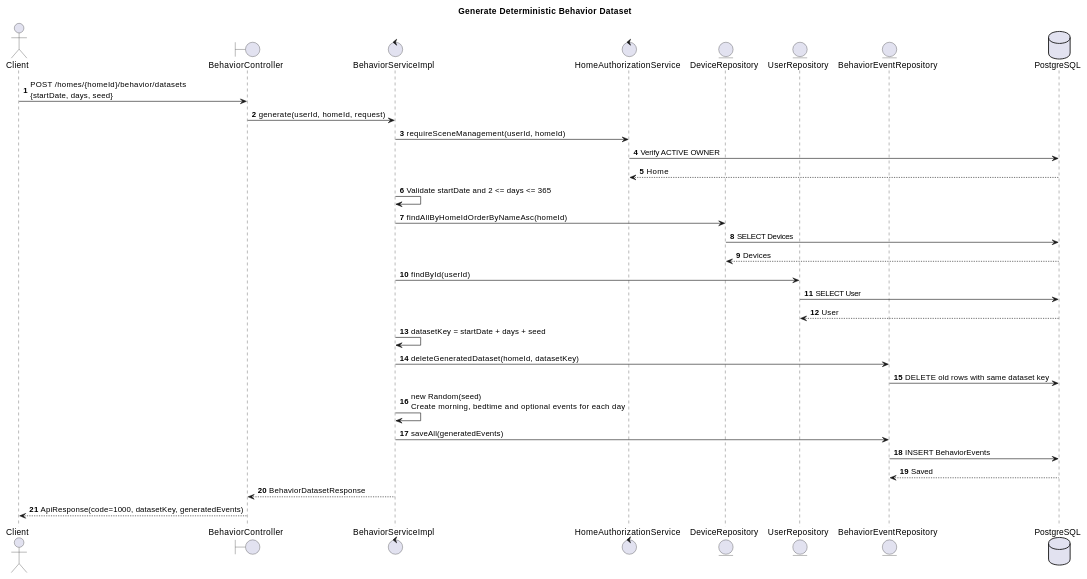
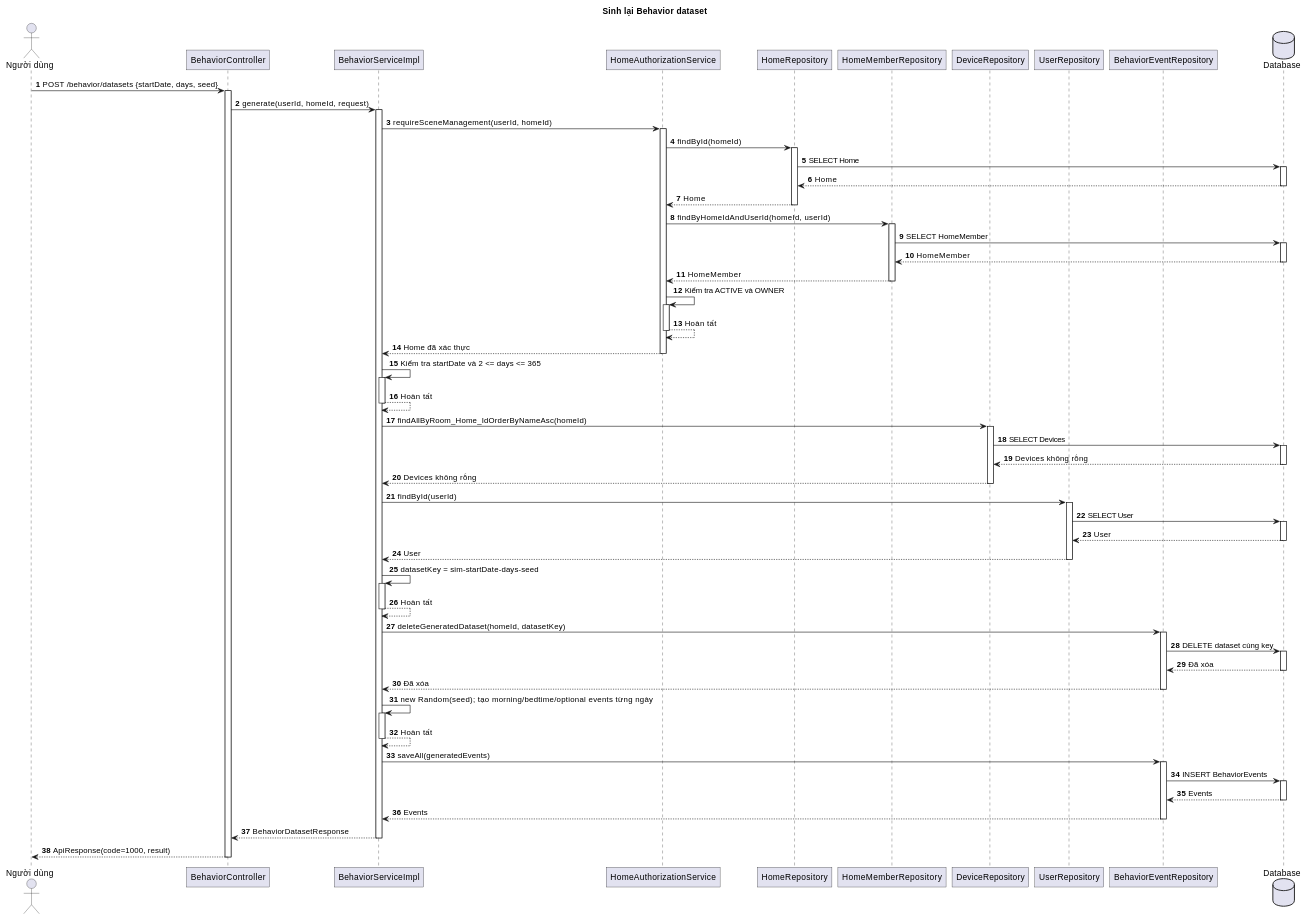
Before and after one commit to diethon/backend_hesta: diagram 15 of 16 in docs/AUTOMATION_BEHAVIOR_IMPLEMENTATION.md, drawn with PlantUML. The commit also changed other lines of this file and 3 other files, not shown here.

````diff
--- a/docs/AUTOMATION_BEHAVIOR_IMPLEMENTATION.md
+++ b/docs/AUTOMATION_BEHAVIOR_IMPLEMENTATION.md
@@ -682,37 +2124,97 @@
 ```plantuml
 @startuml Behavior_Dataset_Generation
-title Generate Deterministic Behavior Dataset
+title Sinh lại Behavior dataset
+skinparam backgroundColor white
+skinparam shadowing false
+skinparam roundcorner 0
+skinparam defaultFontName Arial
+
 autonumber
-
-actor Client
-boundary BehaviorController as Controller
-control BehaviorServiceImpl as Service
-control HomeAuthorizationService as Authorization
-entity DeviceRepository as DeviceRepo
-entity UserRepository as UserRepo
-entity BehaviorEventRepository as EventRepo
-database PostgreSQL as DB
-
-Client -> Controller: POST /homes/{homeId}/behavior/datasets\n{startDate, days, seed}
+actor "Người dùng" as Client
+participant "BehaviorController" as Controller
+participant "BehaviorServiceImpl" as Service
+participant "HomeAuthorizationService" as Auth
+participant "HomeRepository" as HomeRepo
+participant "HomeMemberRepository" as MemberRepo
+participant "DeviceRepository" as DeviceRepo
+participant "UserRepository" as UserRepo
+participant "BehaviorEventRepository" as EventRepo
+database "Database" as DB
+Client -> Controller: POST /behavior/datasets {startDate, days, seed}
+activate Controller
 Controller -> Service: generate(userId, homeId, request)
-Service -> Authorization: requireSceneManagement(userId, homeId)
-Authorization -> DB: Verify ACTIVE OWNER
-DB --> Authorization: Home
-Service -> Service: Validate startDate and 2 <= days <= 365
-Service -> DeviceRepo: findAllByHomeIdOrderByNameAsc(homeId)
+activate Service
+Service -> Auth: requireSceneManagement(userId, homeId)
+activate Auth
+Auth -> HomeRepo: findById(homeId)
+activate HomeRepo
+HomeRepo -> DB: SELECT Home
+activate DB
+DB --> HomeRepo: Home
+deactivate DB
+HomeRepo --> Auth: Home
+deactivate HomeRepo
+Auth -> MemberRepo: findByHomeIdAndUserId(homeId, userId)
+activate MemberRepo
+MemberRepo -> DB: SELECT HomeMember
+activate DB
+DB --> MemberRepo: HomeMember
+deactivate DB
+MemberRepo --> Auth: HomeMember
+deactivate MemberRepo
+Auth -> Auth: Kiểm tra ACTIVE và OWNER
+activate Auth
+Auth --> Auth: Hoàn tất
+deactivate Auth
+Auth --> Service: Home đã xác thực
+deactivate Auth
+Service -> Service: Kiểm tra startDate và 2 <= days <= 365
+activate Service
+Service --> Service: Hoàn tất
+deactivate Service
+Service -> DeviceRepo: findAllByRoom_Home_IdOrderByNameAsc(homeId)
+activate DeviceRepo
 DeviceRepo -> DB: SELECT Devices
-DB --> DeviceRepo: Devices
+activate DB
+DB --> DeviceRepo: Devices không rỗng
+deactivate DB
+DeviceRepo --> Service: Devices không rỗng
+deactivate DeviceRepo
 Service -> UserRepo: findById(userId)
+activate UserRepo
 UserRepo -> DB: SELECT User
+activate DB
 DB --> UserRepo: User
-Service -> Service: datasetKey = startDate + days + seed
+deactivate DB
+UserRepo --> Service: User
+deactivate UserRepo
+Service -> Service: datasetKey = sim-startDate-days-seed
+activate Service
+Service --> Service: Hoàn tất
+deactivate Service
 Service -> EventRepo: deleteGeneratedDataset(homeId, datasetKey)
-EventRepo -> DB: DELETE old rows with same dataset key
-Service -> Service: new Random(seed)\nCreate morning, bedtime and optional events for each day
+activate EventRepo
+EventRepo -> DB: DELETE dataset cùng key
+activate DB
+DB --> EventRepo: Đã xóa
+deactivate DB
+EventRepo --> Service: Đã xóa
+deactivate EventRepo
+Service -> Service: new Random(seed); tạo morning/bedtime/optional events từng ngày
+activate Service
+Service --> Service: Hoàn tất
+deactivate Service
 Service -> EventRepo: saveAll(generatedEvents)
+activate EventRepo
 EventRepo -> DB: INSERT BehaviorEvents
-DB --> EventRepo: Saved
+activate DB
+DB --> EventRepo: Events
+deactivate DB
+EventRepo --> Service: Events
+deactivate EventRepo
 Service --> Controller: BehaviorDatasetResponse
-Controller --> Client: ApiResponse(code=1000, datasetKey, generatedEvents)
+deactivate Service
+Controller --> Client: ApiResponse(code=1000, result)
+deactivate Controller
 @enduml
 ```
````
